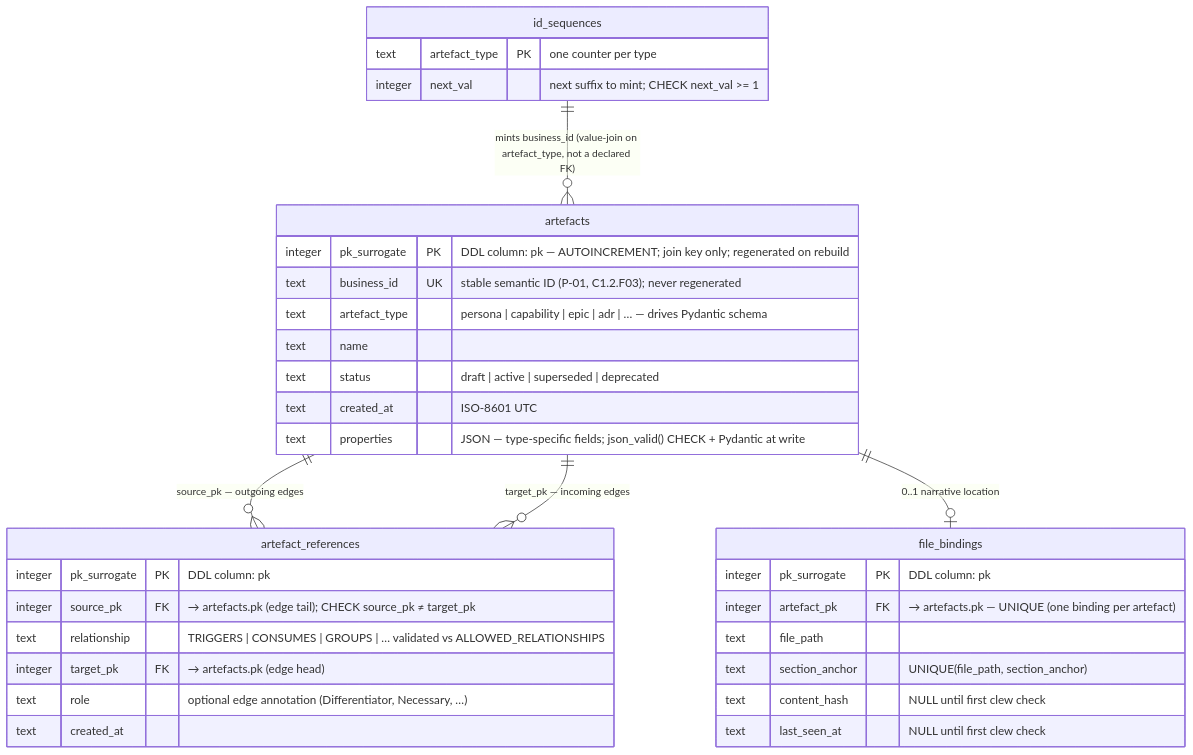
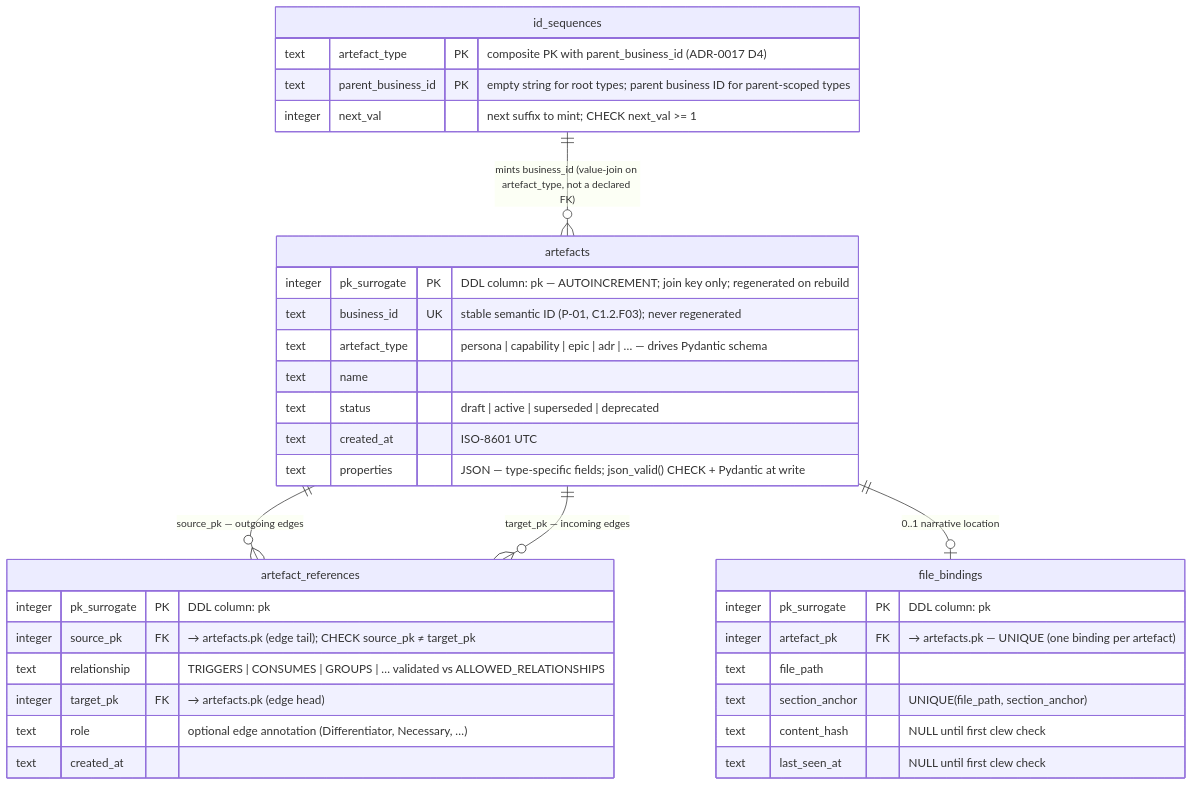
Before and after one commit to VictorHueni/clew: the fourth of 4 diagrams in docs/domain/07b-models/artefact-store.md, drawn with Mermaid. The commit also changed other lines of this file and 3 other files, not shown here.

First line of the commit message:
docs(metamodel): cascade ADR-0017 into product-specs package, artefact-store, and governance

````diff
--- a/docs/domain/07b-models/artefact-store.md
+++ b/docs/domain/07b-models/artefact-store.md
@@ -696,37 +698,38 @@
 ```mermaid
 erDiagram
     artefacts {
         integer pk_surrogate PK "DDL column: pk — AUTOINCREMENT; join key only; regenerated on rebuild"
         text    business_id UK "stable semantic ID (P-01, C1.2.F03); never regenerated"
         text    artefact_type "persona | capability | epic | adr | … — drives Pydantic schema"
         text    name
         text    status "draft | active | superseded | deprecated"
         text    created_at "ISO-8601 UTC"
         text    properties "JSON — type-specific fields; json_valid() CHECK + Pydantic at write"
     }
     artefact_references {
         integer pk_surrogate PK "DDL column: pk"
         integer source_pk FK "→ artefacts.pk (edge tail); CHECK source_pk ≠ target_pk"
         text    relationship "TRIGGERS | CONSUMES | GROUPS | … validated vs ALLOWED_RELATIONSHIPS"
         integer target_pk FK "→ artefacts.pk (edge head)"
         text    role "optional edge annotation (Differentiator, Necessary, …)"
         text    created_at
     }
     file_bindings {
         integer pk_surrogate PK "DDL column: pk"
         integer artefact_pk FK "→ artefacts.pk — UNIQUE (one binding per artefact)"
         text    file_path
         text    section_anchor "UNIQUE(file_path, section_anchor)"
         text    content_hash "NULL until first clew check"
         text    last_seen_at "NULL until first clew check"
     }
     id_sequences {
-        text    artefact_type PK "one counter per type"
+        text    artefact_type PK "composite PK with parent_business_id (ADR-0017 D4)"
+        text    parent_business_id PK "empty string for root types; parent business ID for parent-scoped types"
         integer next_val "next suffix to mint; CHECK next_val >= 1"
     }
 
     artefacts ||--o{ artefact_references : "source_pk — outgoing edges"
     artefacts ||--o{ artefact_references : "target_pk — incoming edges"
     artefacts ||--o| file_bindings : "0..1 narrative location"
     id_sequences ||--o{ artefacts : "mints business_id (value-join on artefact_type, not a declared FK)"
 ```
````
